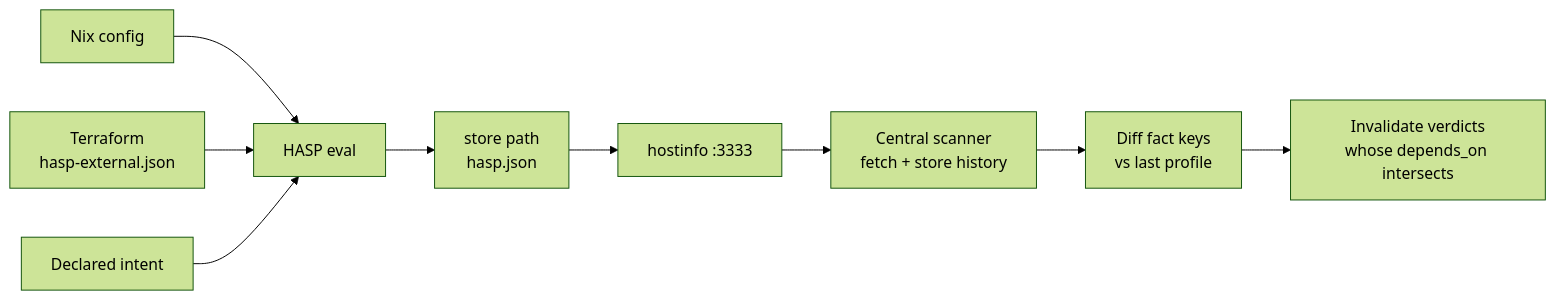
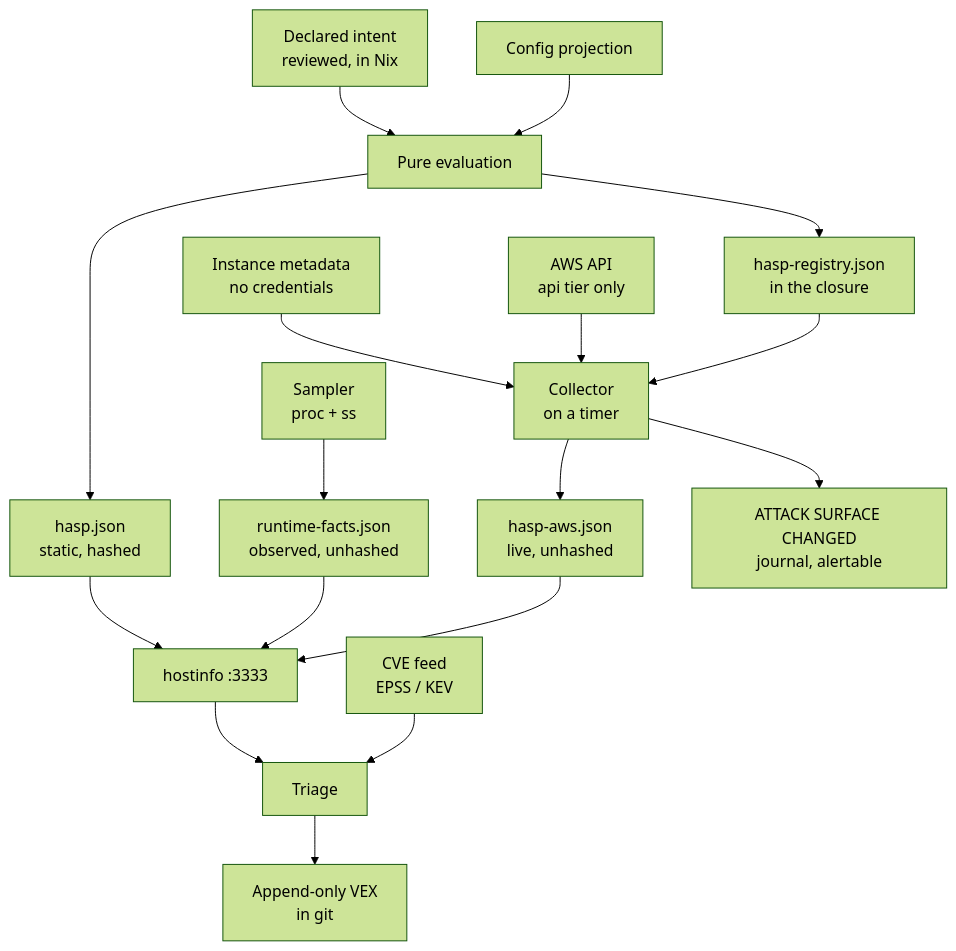
Before and after one commit to wearetechnative/elastinix: the diagram in docs/hasp-framework.md, drawn with Mermaid (forest theme). The commit also changed other lines of this file and 23 other files, not shown here.

Commit message:
HASP framework: per-host attack surface profile with AWS fact collection and socket observation

````diff
--- a/docs/hasp-framework.md
+++ b/docs/hasp-framework.md
@@ -370,11 +147,19 @@
 ```mermaid
-flowchart LR
-    A["Nix config"] --> D["HASP eval"]
-    B["Terraform<br/>hasp-external.json"] --> D
-    C["Declared intent"] --> D
-    D --> E["store path<br/>hasp.json"]
-    E --> F["hostinfo :3333"]
-    F --> G["Central scanner<br/>fetch + store history"]
-    G --> H["Diff fact keys<br/>vs last profile"]
-    H --> I["Invalidate verdicts<br/>whose depends_on intersects"]
+flowchart TB
+    DECL["Declared intent<br/>reviewed, in Nix"] --> EVAL["Pure evaluation"]
+    CLO["Config projection"] --> EVAL
+    EVAL --> HJ["hasp.json<br/>static, hashed"]
+    EVAL --> MAN["hasp-registry.json<br/>in the closure"]
+    IMDS["Instance metadata<br/>no credentials"] --> COL["Collector<br/>on a timer"]
+    API["AWS API<br/>api tier only"] --> COL
+    MAN --> COL
+    COL --> AWSJ["hasp-aws.json<br/>live, unhashed"]
+    SAMP["Sampler<br/>proc + ss"] --> RTJ["runtime-facts.json<br/>observed, unhashed"]
+    HJ --> SRV["hostinfo :3333"]
+    AWSJ --> SRV
+    RTJ --> SRV
+    SRV --> TRI["Triage"]
+    FEED["CVE feed<br/>EPSS / KEV"] --> TRI
+    TRI --> VEX["Append-only VEX<br/>in git"]
+    COL --> ALERT["ATTACK SURFACE CHANGED<br/>journal, alertable"]
 ```
````
